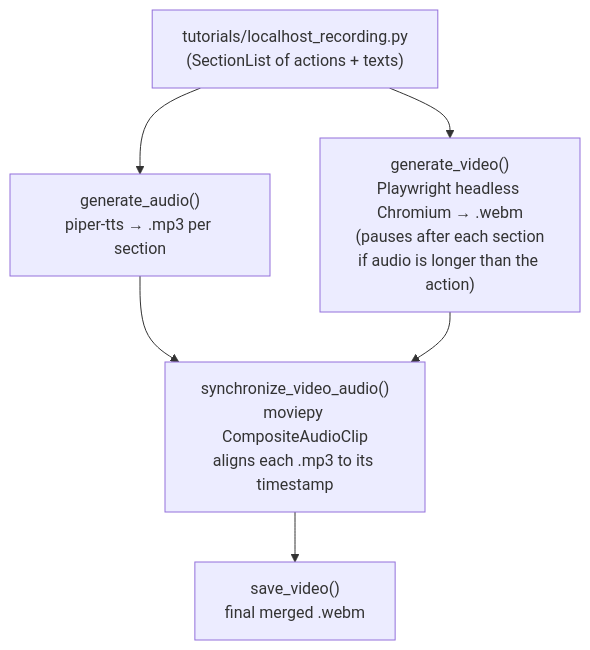
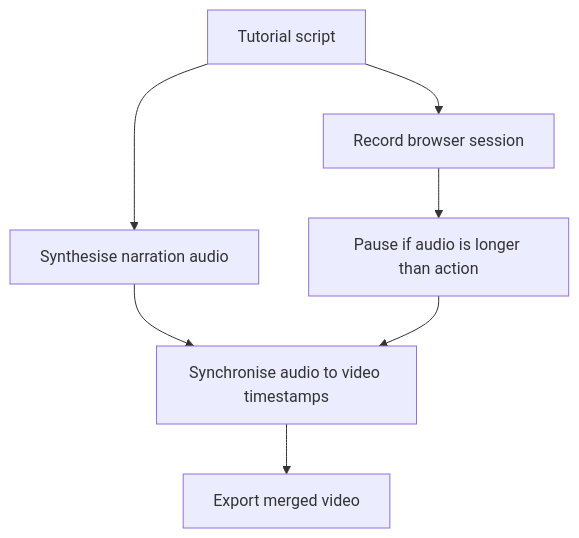
One commit to charnley/example-tutorial-as-code changed the diagram in README.md. Above: the diagram before and after it, drawn with Mermaid.

Commit message:
Updated mermaid

````diff
--- a/README.md
+++ b/README.md
@@ -16,12 +16,9 @@
 ```mermaid
 flowchart TD
-    A["tutorials/localhost_recording.py\n(SectionList of actions + texts)"]
-
-    A --> B["generate_audio()\npiper-tts → .mp3 per section"]
-    A --> C["generate_video()\nPlaywright headless Chromium → .webm\n(pauses after each section\nif audio is longer than the action)"]
-
-    B --> D["synchronize_video_audio()\nmoviepy CompositeAudioClip\naligns each .mp3 to its timestamp"]
-    C --> D
-
-    D --> E["save_video()\nfinal merged .webm"]
+    A[Tutorial script] --> B[Synthesise narration audio]
+    A --> C[Record browser session]
+    C --> C2[Pause if audio is longer than action]
+    B --> D[Synchronise audio to video timestamps]
+    C2 --> D
+    D --> E[Export merged video]
 ```
````
